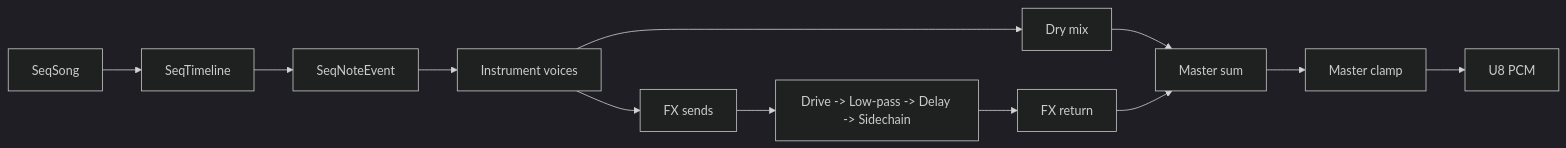
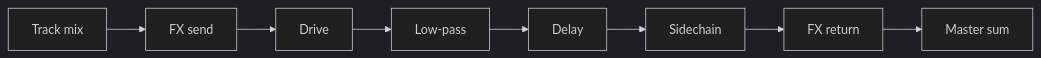
The diagram in docs/audio-fx.md (chussenot/memdeck), drawn with Mermaid (dark theme) before and after one commit. The commit also changed other lines of this file and 17 other files, not shown here.

````diff
--- a/docs/audio-fx.md
+++ b/docs/audio-fx.md
@@ -31,14 +17,10 @@
 ```mermaid
 flowchart LR
-    Song[SeqSong] --> TL[SeqTimeline]
-    TL --> EV[SeqNoteEvent]
-    EV --> VOX[Instrument voices]
-    VOX --> DRY[Dry mix]
-    VOX --> SEND[FX sends]
-    SEND --> FX[Drive -> Low-pass -> Delay -> Sidechain]
-    FX --> RET[FX return]
-    DRY --> SUM[Master sum]
-    RET --> SUM
-    SUM --> CLAMP[Master clamp]
-    CLAMP --> PCM[U8 PCM]
+    Track[Track mix] --> Send[FX send]
+    Send --> Drive[Drive]
+    Drive --> Lowpass[Low-pass]
+    Lowpass --> Delay[Delay]
+    Delay --> Sidechain[Sidechain]
+    Sidechain --> Return[FX return]
+    Return --> Master[Master sum]
 ```
````
